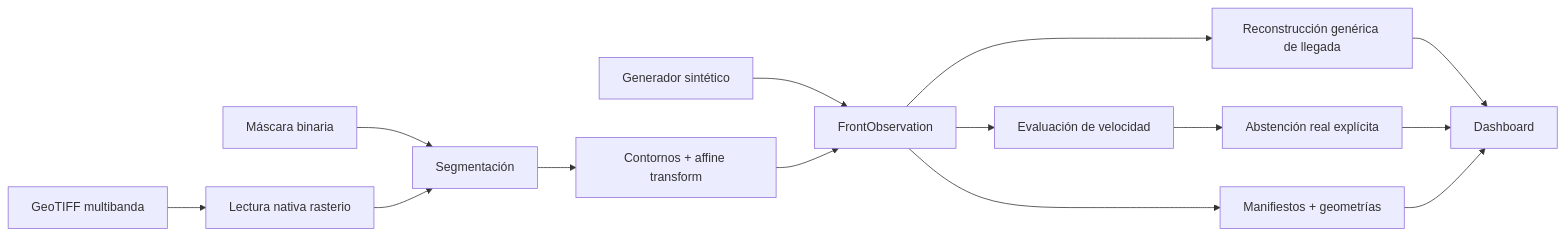
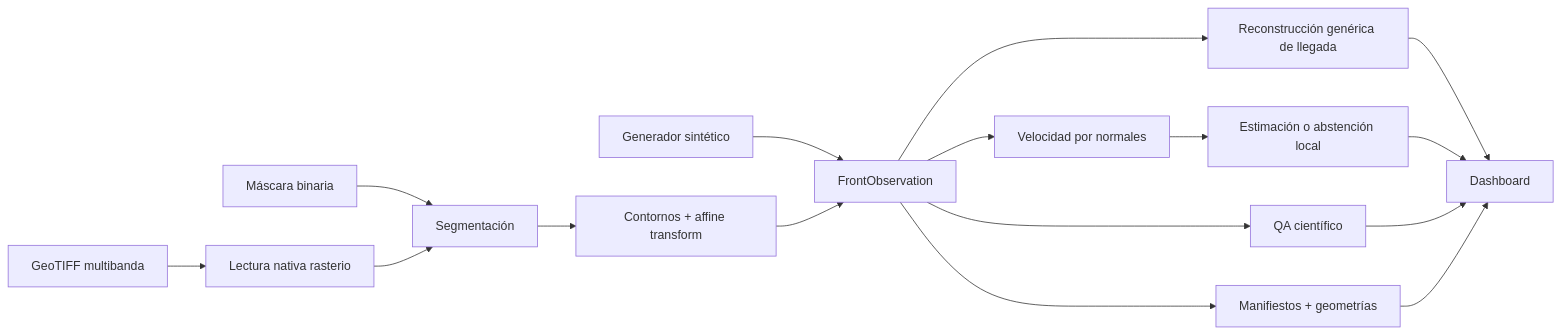
The diagram in docs/MVP_ARCHITECTURE.md (AlonsoAlviraa/WildfireFrontDynamics), drawn with Mermaid before and after one commit. The commit also changed other lines of this file and 16 other files, not shown here.

````diff
--- a/docs/MVP_ARCHITECTURE.md
+++ b/docs/MVP_ARCHITECTURE.md
@@ -3,16 +3,18 @@
 ```mermaid
 flowchart LR
     A[Generador sintético] --> O[FrontObservation]
     B[GeoTIFF multibanda] --> C[Lectura nativa rasterio]
     D[Máscara binaria] --> E[Segmentación]
     C --> E
     E --> F[Contornos + affine transform]
     F --> O
     O --> G[Reconstrucción genérica de llegada]
-    O --> H[Evaluación de velocidad]
-    H --> I[Abstención real explícita]
+    O --> H[Velocidad por normales]
+    H --> I[Estimación o abstención local]
+    O --> Q[QA científico]
     O --> J[Manifiestos + geometrías]
     G --> K[Dashboard]
     I --> K
+    Q --> K
     J --> K
 ```
````
